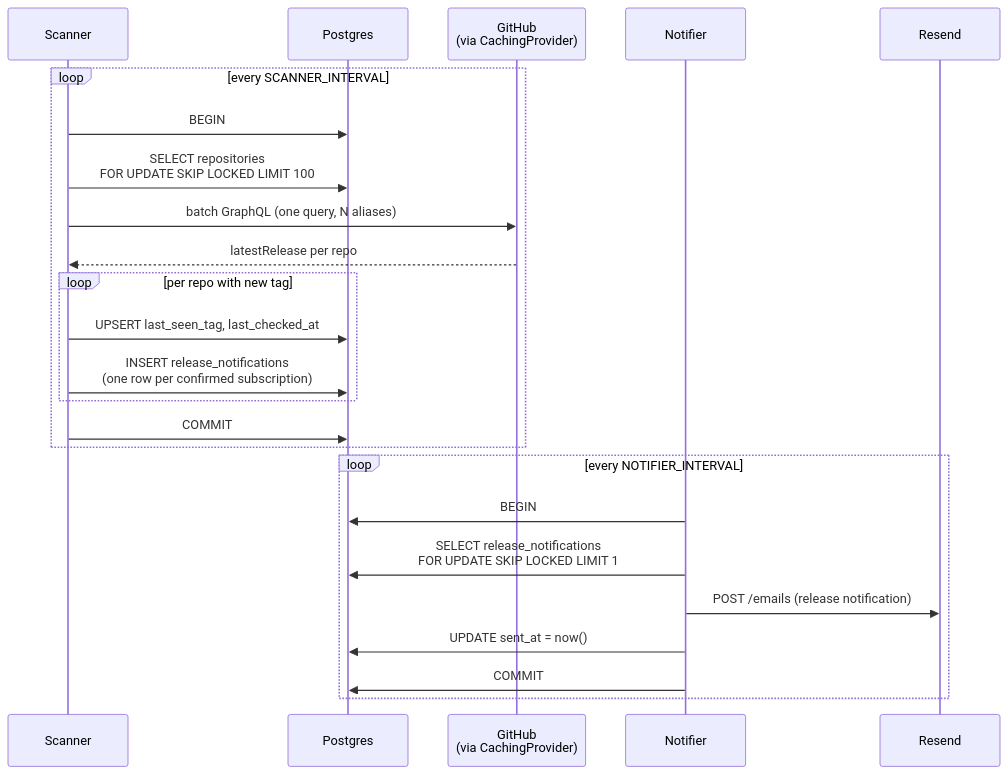
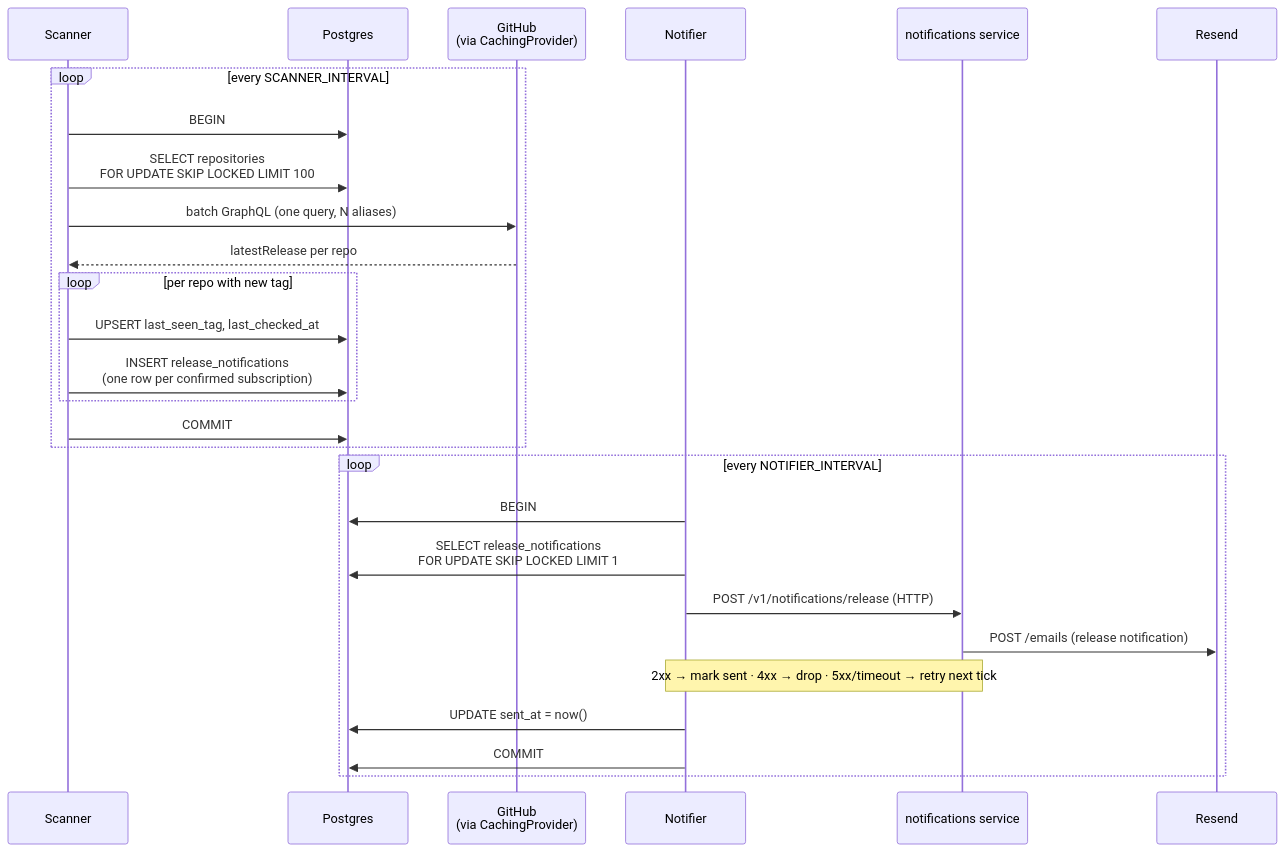
The sixth of 7 diagrams in docs/architecture.md (GenesisEducationKyiv/software-engineering-school-6-0-ananaslegend), drawn with Mermaid before and after one commit. The commit also changed other lines of this file and 40 other files, not shown here.

Commit message:
HW#8 - extract notification send logic to external service

````diff
--- a/docs/architecture.md
+++ b/docs/architecture.md
@@ -204,28 +219,31 @@
 ```mermaid
 sequenceDiagram
     participant Sc as Scanner
     participant DB as Postgres
     participant GH as GitHub<br/>(via CachingProvider)
     participant N as Notifier
+    participant M as notifications service
     participant RS as Resend
 
     loop every SCANNER_INTERVAL
         Sc->>DB: BEGIN
         Sc->>DB: SELECT repositories<br/>FOR UPDATE SKIP LOCKED LIMIT 100
         Sc->>GH: batch GraphQL (one query, N aliases)
         GH-->>Sc: latestRelease per repo
         loop per repo with new tag
             Sc->>DB: UPSERT last_seen_tag, last_checked_at
             Sc->>DB: INSERT release_notifications<br/>(one row per confirmed subscription)
         end
         Sc->>DB: COMMIT
     end
 
     loop every NOTIFIER_INTERVAL
         N->>DB: BEGIN
         N->>DB: SELECT release_notifications<br/>FOR UPDATE SKIP LOCKED LIMIT 1
-        N->>RS: POST /emails (release notification)
+        N->>M: POST /v1/notifications/release (HTTP)
+        M->>RS: POST /emails (release notification)
+        Note over N,M: 2xx → mark sent · 4xx → drop · 5xx/timeout → retry next tick
         N->>DB: UPDATE sent_at = now()
         N->>DB: COMMIT
     end
 ```
````
